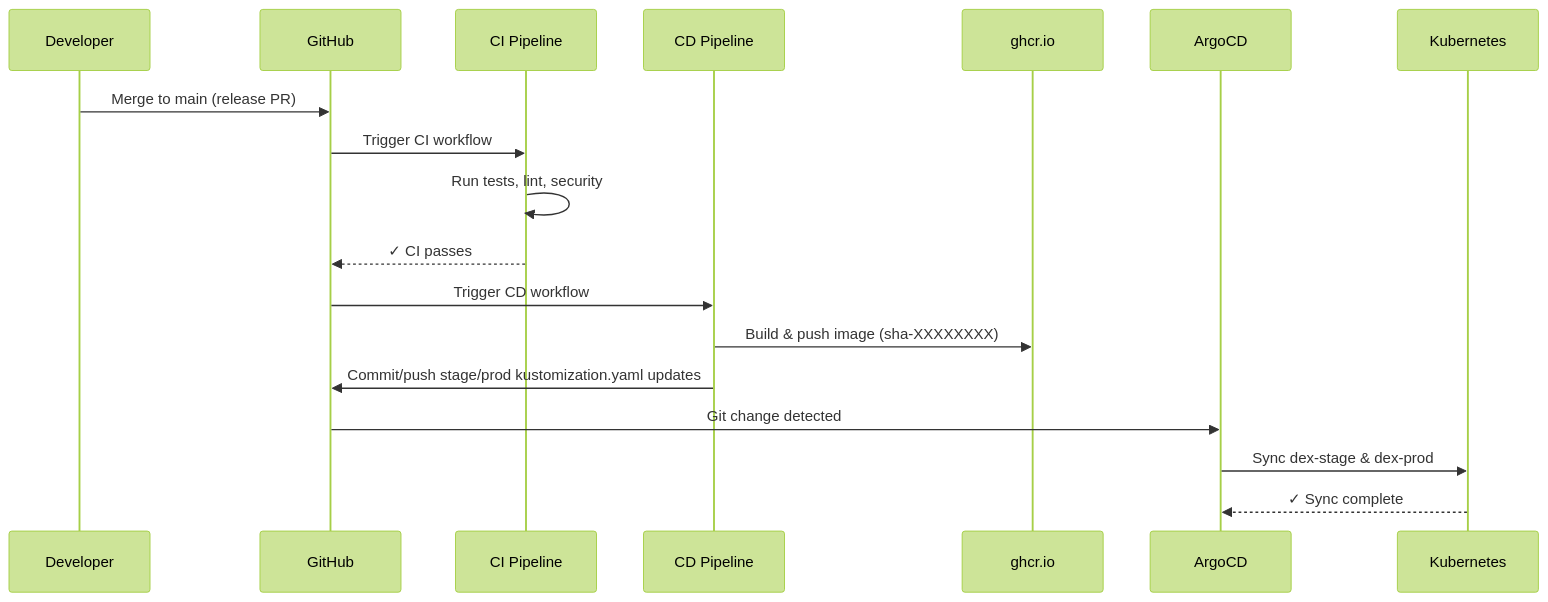
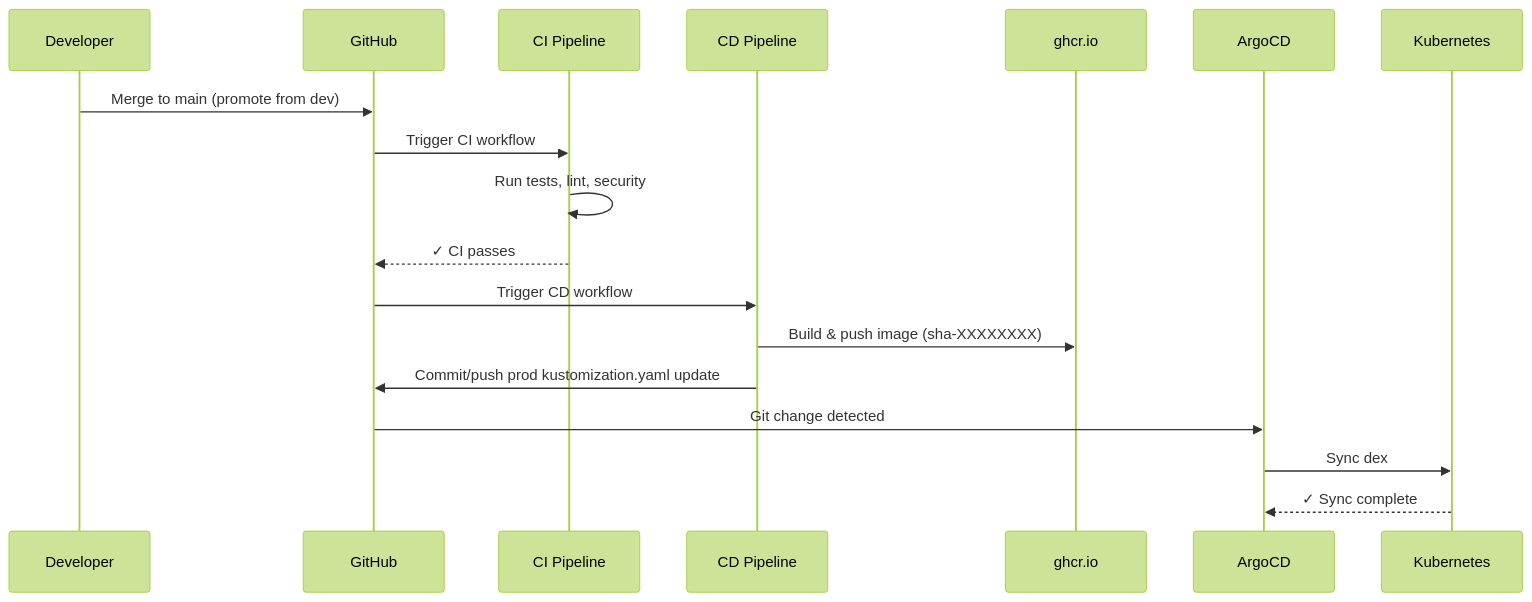
One commit to data-literate/DEX changed the third of 4 diagrams in docs/CI_CD.md. Above: the diagram before and after it, drawn with Mermaid (forest theme). The commit also changed other lines of this file and 23 other files, not shown here.

First line of the commit message:
release: promote dev to production (2-env deployment)

````diff
--- a/docs/CI_CD.md
+++ b/docs/CI_CD.md
@@ -330,21 +331,21 @@
 ```mermaid
 sequenceDiagram
     participant Dev as Developer
     participant GH as GitHub
     participant CI as CI Pipeline
     participant CD as CD Pipeline
     participant GHCR as ghcr.io
     participant Argo as ArgoCD
     participant K8s as Kubernetes
 
-    Dev->>GH: Merge to main (release PR)
+    Dev->>GH: Merge to main (promote from dev)
     GH->>CI: Trigger CI workflow
     CI->>CI: Run tests, lint, security
     CI-->>GH: ✓ CI passes
     GH->>CD: Trigger CD workflow
     CD->>GHCR: Build & push image (sha-XXXXXXXX)
-    CD->>GH: Commit/push stage/prod kustomization.yaml updates
+    CD->>GH: Commit/push prod kustomization.yaml update
     GH->>Argo: Git change detected
-    Argo->>K8s: Sync dex-stage & dex-prod
+    Argo->>K8s: Sync dex
     K8s-->>Argo: ✓ Sync complete
 ```
````
